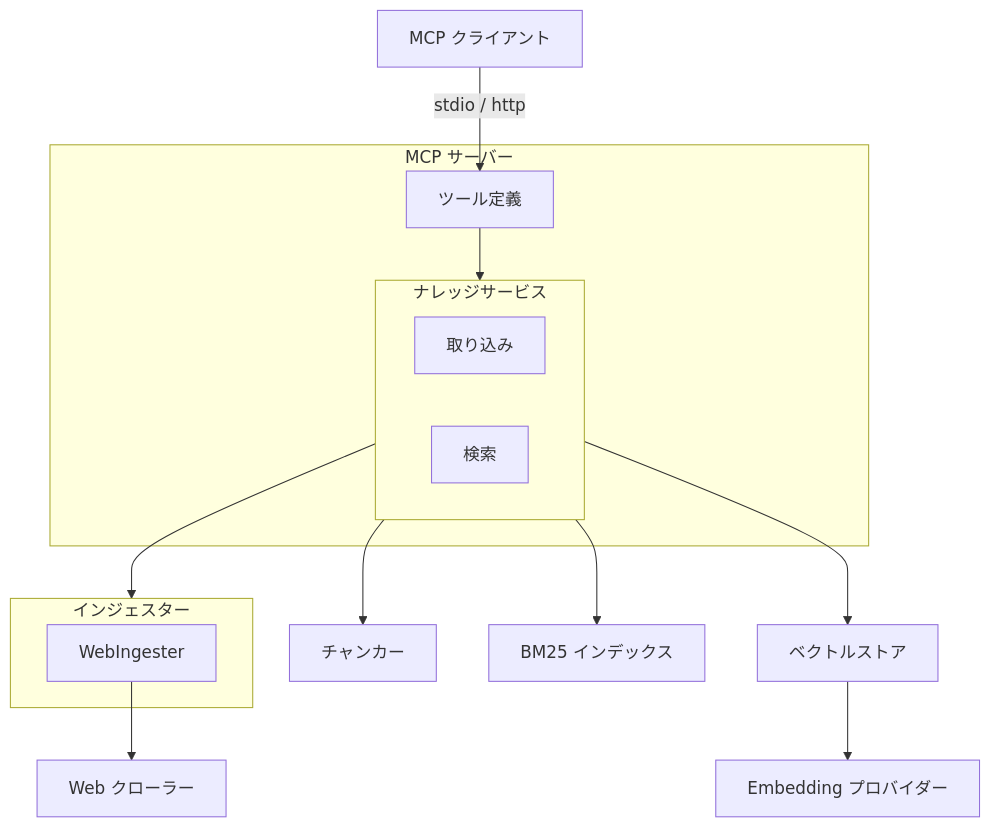
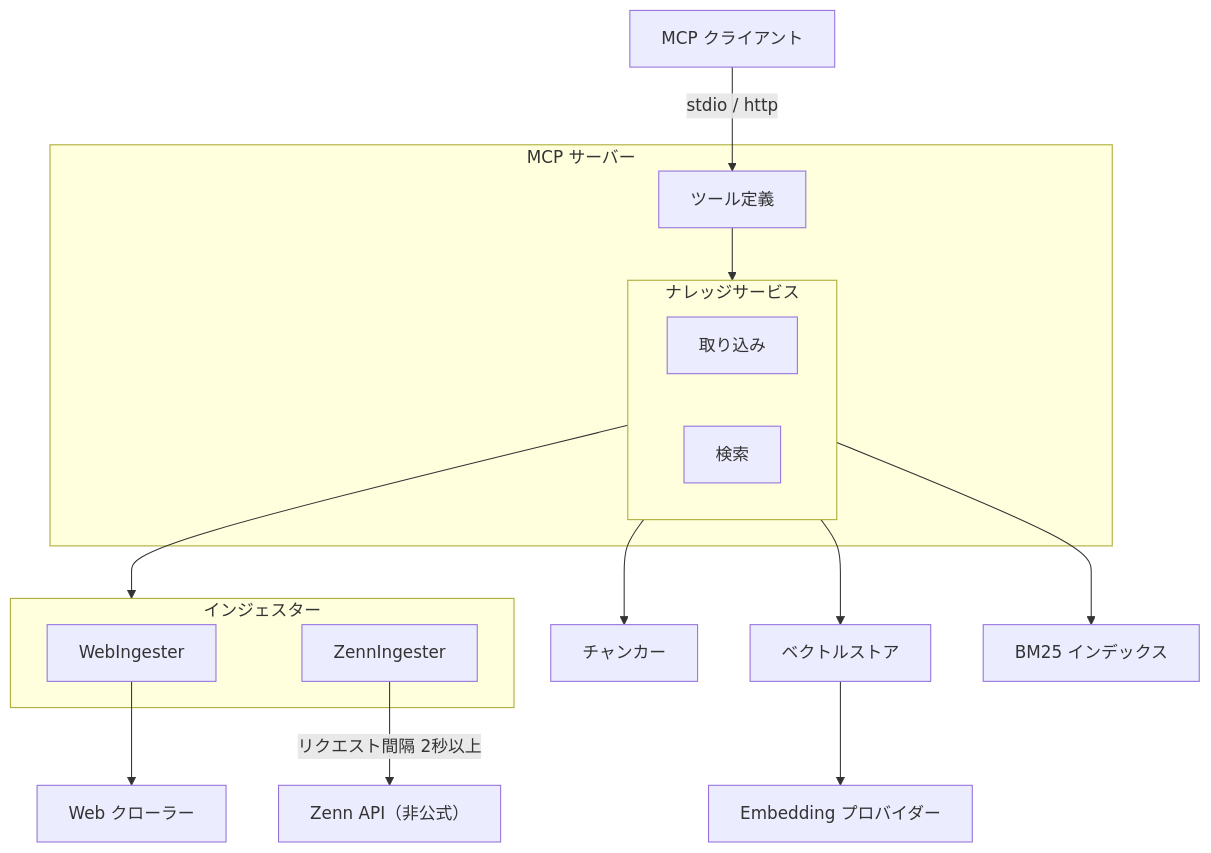
Before and after one commit to becky3/rag-knowledge: the first of 4 diagrams in docs/specs/rag-knowledge.md, drawn with Mermaid. The commit also changed other lines of this file and 2 other files, not shown here.

Commit message:
docs(zenn-ingester): Zenn インジェスター仕様書の新規作成 (#119)
- docs/specs/features/zenn-ingester.md を新規作成
- safety-guide 1.1 準拠の安全制約を定義（ハードリミット、禁止事項）
- overview.md に Zenn インジェスターのエントリを追加
- rag-knowledge.md にコンポーネント図・一覧・外部連携を追加

````diff
--- a/docs/specs/rag-knowledge.md
+++ b/docs/specs/rag-knowledge.md
@@ -74,31 +74,33 @@
 ```mermaid
 flowchart TB
     CLIENT["MCP クライアント"]
 
     subgraph MCP["MCP サーバー"]
         TOOLS["ツール定義"]
         subgraph Service["ナレッジサービス"]
             INGEST["取り込み"]
             RETRIEVE["検索"]
         end
     end
 
     subgraph Ingesters["インジェスター"]
         WING["WebIngester"]
+        ZING["ZennIngester"]
     end
 
     CRAWLER["Web クローラー"]
     CHUNKER["チャンカー"]
     VECTOR["ベクトルストア"]
     BM25["BM25 インデックス"]
     EMBED["Embedding プロバイダー"]
 
     CLIENT -->|stdio / http| TOOLS
     TOOLS --> Service
     Service --> Ingesters
     WING --> CRAWLER
+    ZING -->|リクエスト間隔 2秒以上| ZAPI["Zenn API（非公式）"]
     Service --> CHUNKER
     Service --> VECTOR
     Service --> BM25
     VECTOR --> EMBED
 ```
````
